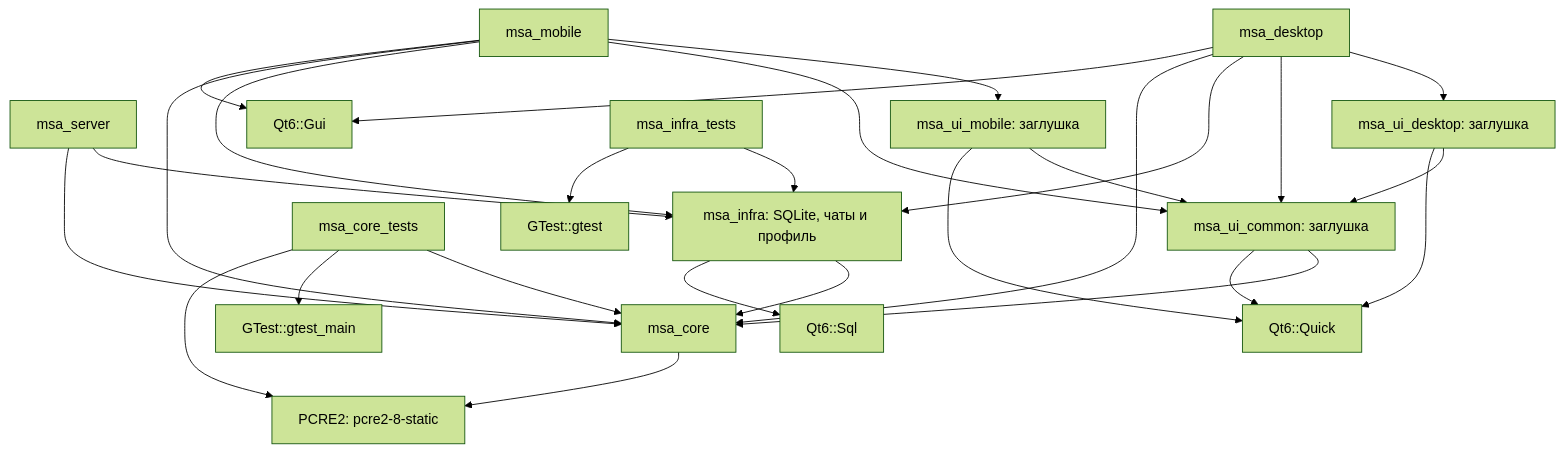
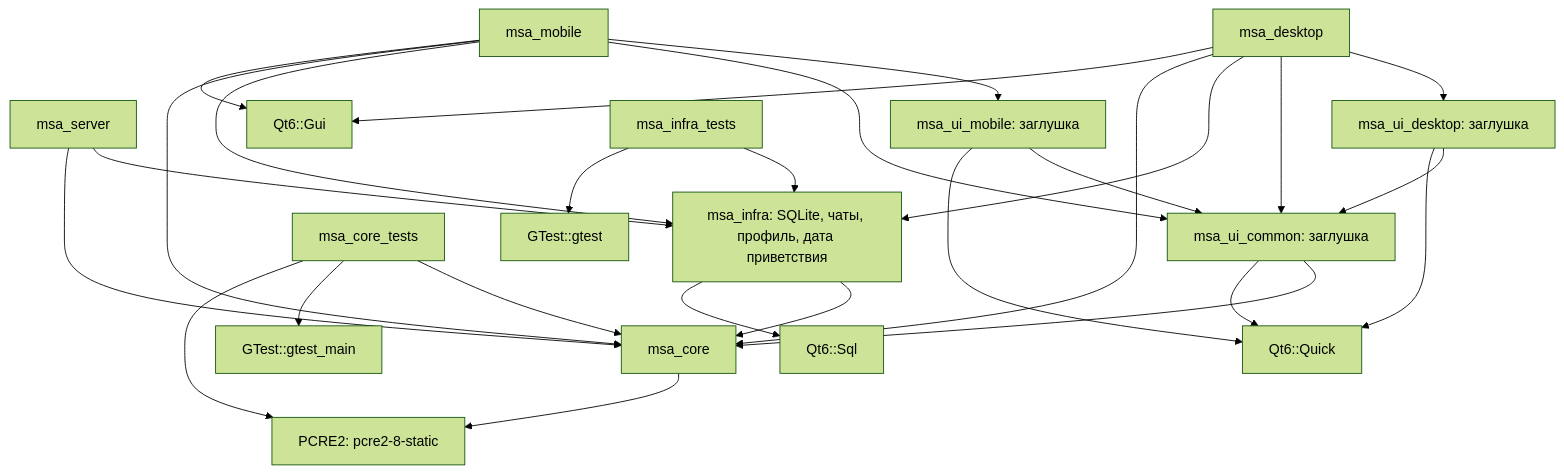
The first of 2 diagrams in docs/architecture.md (TasFoma/MySuperAssistant), drawn with Mermaid (forest theme) before and after one commit. The commit also changed other lines of this file and 13 other files, not shown here.

````diff
--- a/docs/architecture.md
+++ b/docs/architecture.md
@@ -47,29 +48,29 @@
 ```mermaid
 flowchart TD
-    server[msa_server] --> infra[msa_infra: SQLite, чаты и профиль]
+    server[msa_server] --> infra[msa_infra: SQLite, чаты, профиль, дата приветствия]
     server --> core[msa_core]
     desktop[msa_desktop] --> desktopUI[msa_ui_desktop: заглушка]
     desktop --> common[msa_ui_common: заглушка]
     desktop --> infra
     desktop --> core
     desktop --> gui[Qt6::Gui]
     mobile[msa_mobile] --> mobileUI[msa_ui_mobile: заглушка]
     mobile --> common
     mobile --> infra
     mobile --> core
     mobile --> gui
     desktopUI --> common
     desktopUI --> quick[Qt6::Quick]
     mobileUI --> common
     mobileUI --> quick
     common --> core
     common --> quick
     infra --> core
     infra --> sql[Qt6::Sql]
     core --> pcre[PCRE2: pcre2-8-static]
     tests[msa_core_tests] --> core
     tests --> gtest[GTest::gtest_main]
     tests --> pcre
     infraTests[msa_infra_tests] --> infra
     infraTests --> infraGtest[GTest::gtest]
 ```
````
